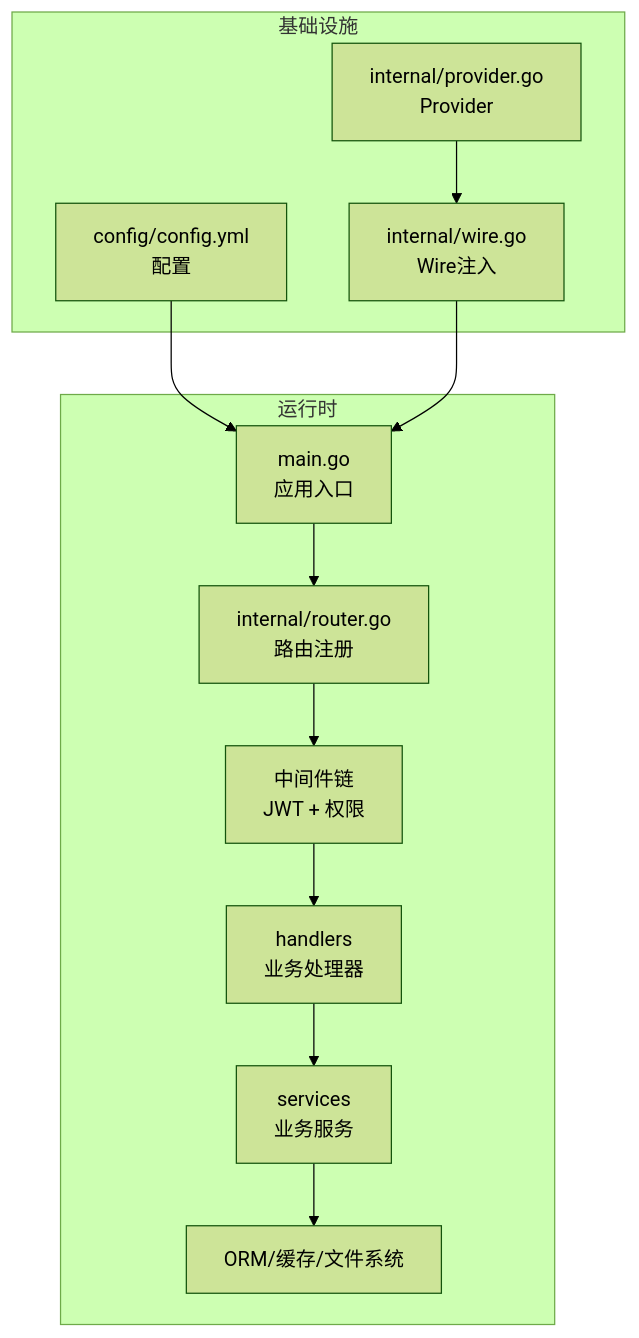
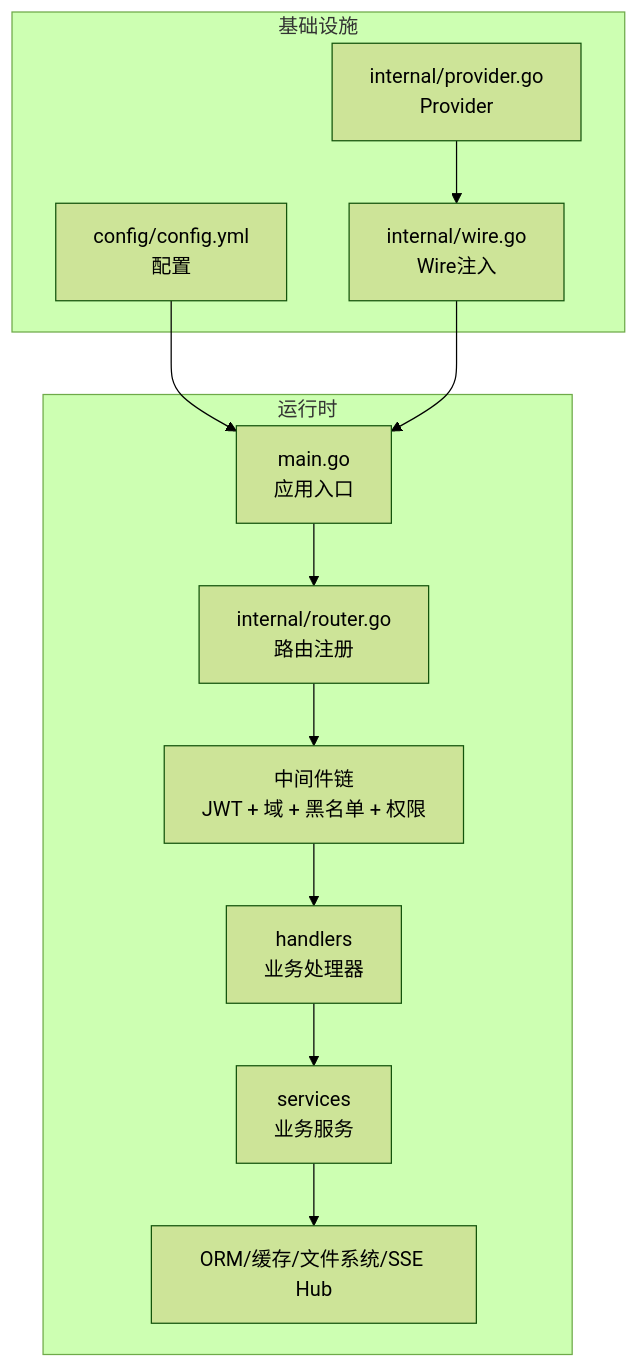
Before and after one commit to wuwuseo/e-sports-go-admin: the second of 8 diagrams in .qoder/repowiki/zh/content/开发指南/开发指南.md, drawn with Mermaid (forest theme). The commit also changed other lines of this file and 42 other files, not shown here.

````diff
--- a/.qoder/repowiki/zh/content/开发指南/开发指南.md
+++ b/.qoder/repowiki/zh/content/开发指南/开发指南.md
@@ -86,18 +90,18 @@
 ```mermaid
 graph TB
 subgraph "运行时"
 M["main.go<br/>应用入口"] --> R["internal/router.go<br/>路由注册"]
-R --> MW["中间件链<br/>JWT + 权限"]
+R --> MW["中间件链<br/>JWT + 域 + 黑名单 + 权限"]
 MW --> H["handlers<br/>业务处理器"]
 H --> S["services<br/>业务服务"]
-S --> O["ORM/缓存/文件系统"]
+S --> O["ORM/缓存/文件系统/SSE Hub"]
 end
 subgraph "基础设施"
 CFG["config/config.yml<br/>配置"]
 W["internal/wire.go<br/>Wire注入"]
 P["internal/provider.go<br/>Provider"]
 end
 CFG --> M
 W --> M
 P --> W
 ```
````
